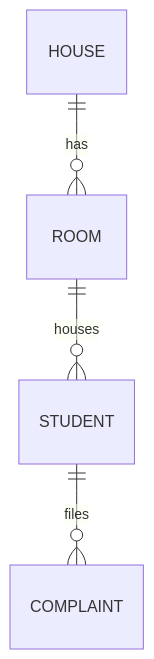
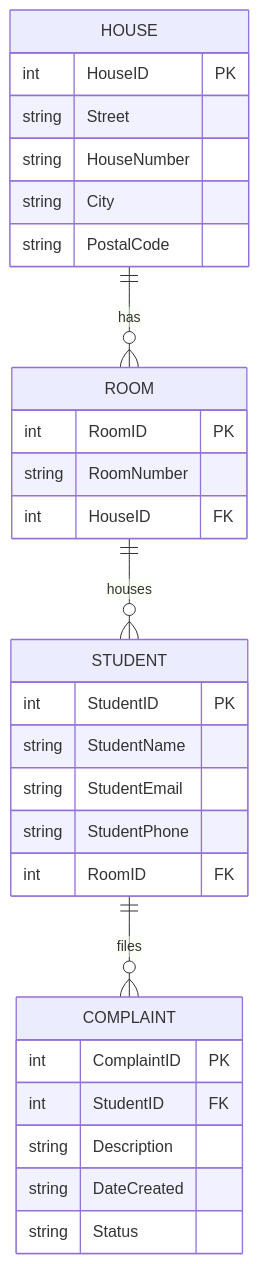
The diagram in infra/Datamodel.md (Boomstreek/SEM01_Student-Housing-BV), drawn with Mermaid before and after one commit.

Commit message:
Add ER diagram for house management system

````diff
--- a/infra/Datamodel.md
+++ b/infra/Datamodel.md
@@ -1,6 +1,37 @@
 ```mermaid
 erDiagram
+
+    HOUSE {
+        int HouseID PK
+        string Street
+        string HouseNumber
+        string City
+        string PostalCode
+    }
+
+    ROOM {
+        int RoomID PK
+        string RoomNumber
+        int HouseID FK
+    }
+
+    STUDENT {
+        int StudentID PK
+        string StudentName
+        string StudentEmail
+        string StudentPhone
+        int RoomID FK
+    }
+
+    COMPLAINT {
+        int ComplaintID PK
+        int StudentID FK
+        string Description
+        string DateCreated
+        string Status
+    }
+
     HOUSE ||--o{ ROOM : has
     ROOM ||--o{ STUDENT : houses
     STUDENT ||--o{ COMPLAINT : files
 ```
````
